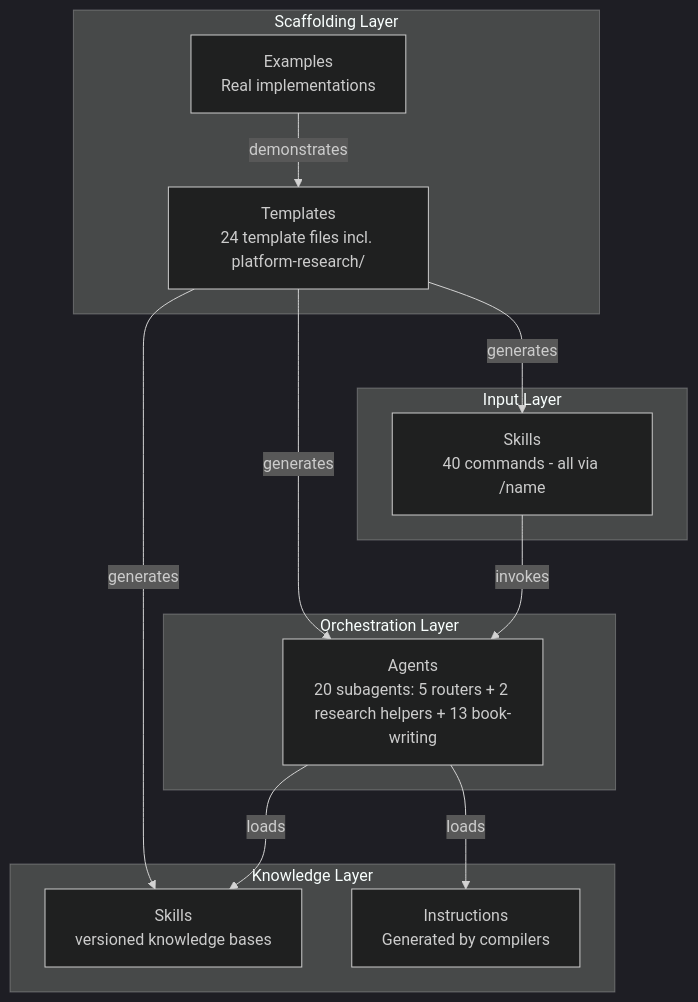
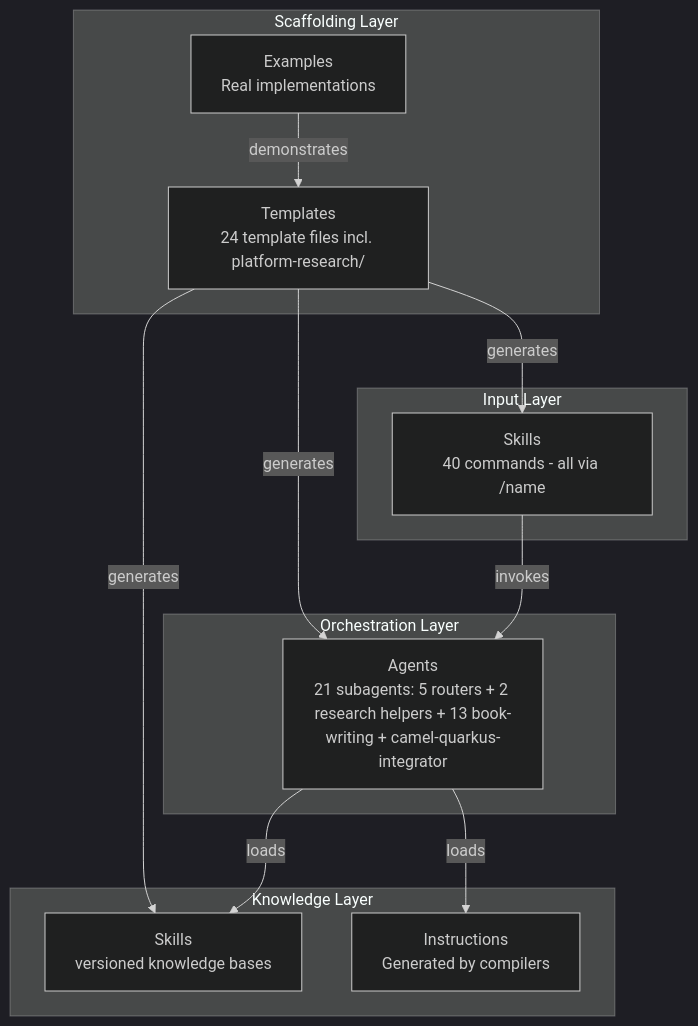
One commit to rodrigo-mendes/agents-factory changed the second of 5 diagrams in docs/visao-geral.md. Above: the diagram before and after it, drawn with Mermaid (dark theme). The commit also changed 5 other files, not shown here.

First line of the commit message:
docs: add Camel Quarkus packages and correct artifact counts

````diff
--- a/docs/visao-geral.md
+++ b/docs/visao-geral.md
@@ -24,28 +24,28 @@
 ```mermaid
 graph TD
     subgraph "Input Layer"
         P[Skills<br/>40 commands - all via /name]
     end
 
     subgraph "Orchestration Layer"
-        AG[Agents<br/>20 subagents: 5 routers + 2 research helpers + 13 book-writing]
+        AG[Agents<br/>21 subagents: 5 routers + 2 research helpers + 13 book-writing + camel-quarkus-integrator]
     end
 
     subgraph "Knowledge Layer"
         S[Skills<br/>versioned knowledge bases]
         I[Instructions<br/>Generated by compilers]
     end
 
     subgraph "Scaffolding Layer"
         T[Templates<br/>24 template files incl. platform-research/]
         E[Examples<br/>Real implementations]
     end
 
     P -->|invokes| AG
     AG -->|loads| S
     AG -->|loads| I
     T -->|generates| P
     T -->|generates| AG
     T -->|generates| S
     E -->|demonstrates| T
 ```
````
